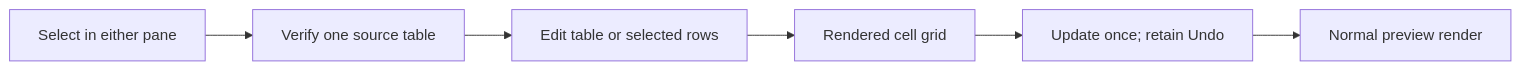
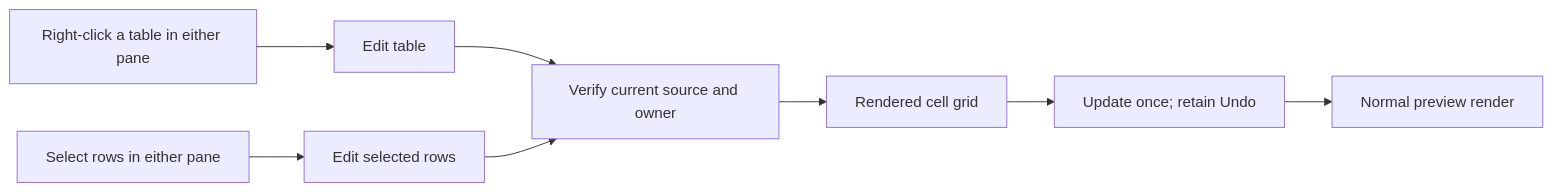
The diagram in docs/CUSTOMIZATIONS.md (lostinsea/markaloo), drawn with Mermaid before and after one commit. The commit also changed other lines of this file and 9 other files, not shown here.

First line of the commit message:
Table cell edits could lose source ownership

````diff
--- a/docs/CUSTOMIZATIONS.md
+++ b/docs/CUSTOMIZATIONS.md
@@ -32,8 +32,10 @@
 ```mermaid
 flowchart LR
-    A["Select in either pane"] --> B["Verify one source table"]
-    B --> C["Edit table or selected rows"]
-    C --> D["Rendered cell grid"]
+    A["Right-click a table in either pane"] --> B["Edit table"]
+    S["Select rows in either pane"] --> R["Edit selected rows"]
+    B --> V["Verify current source and owner"]
+    R --> V
+    V --> D["Rendered cell grid"]
     D --> E["Update once; retain Undo"]
     E --> F["Normal preview render"]
 ```
````
